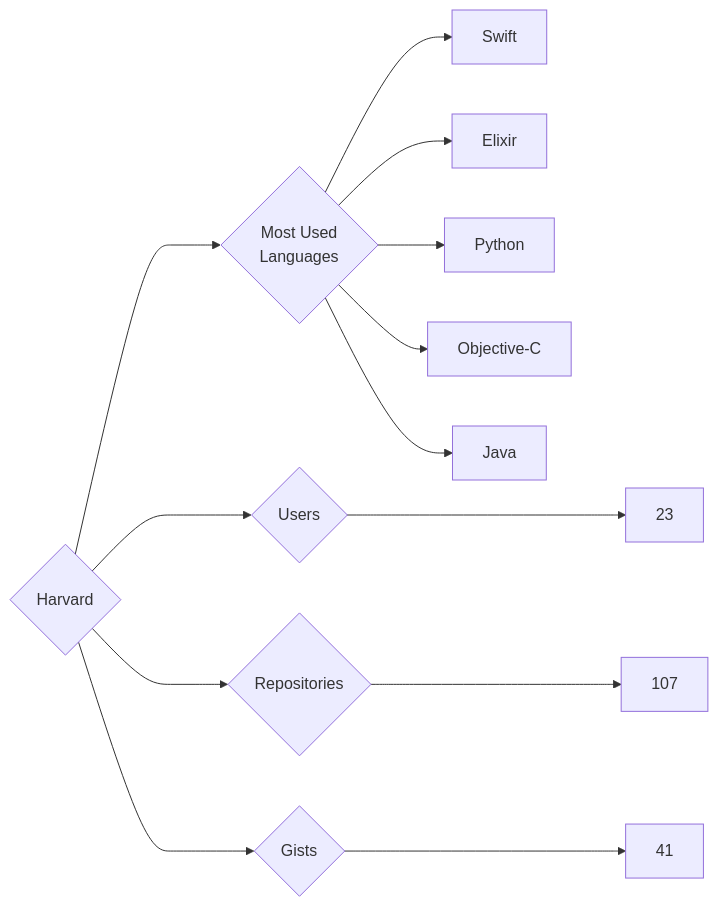
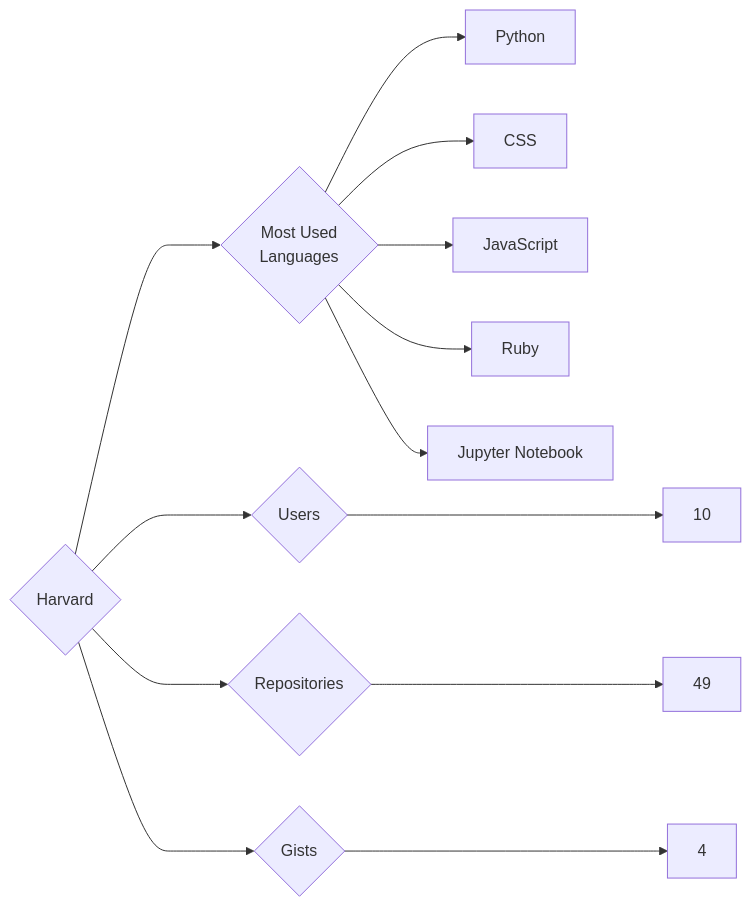
One commit to trickest/insiders changed the diagram in targets/Harvard/README.md. Above: the diagram before and after it, drawn with Mermaid. The commit also changed 894 other files, not shown here.

````diff
--- a/targets/Harvard/README.md
+++ b/targets/Harvard/README.md
@@ -3,13 +3,13 @@
 ```mermaid
 graph LR
 COMPANY_NAME{Harvard}
-COMPANY_NAME ---> U{Users} ---> UN[23]
-COMPANY_NAME ---> R{Repositories} ---> RN[107]
-COMPANY_NAME ---> G{Gists} ---> GN[41]
+COMPANY_NAME ---> U{Users} ---> UN[10]
+COMPANY_NAME ---> R{Repositories} ---> RN[49]
+COMPANY_NAME ---> G{Gists} ---> GN[4]
 COMPANY_NAME ---> ML{Most Used<br>Languages}
-ML --> Swift[Swift]
-ML --> Elixir[Elixir]
 ML --> Python[Python]
-ML --> Objective-C[Objective-C]
-ML --> Java[Java]
+ML --> CSS[CSS]
+ML --> JavaScript[JavaScript]
+ML --> Ruby[Ruby]
+ML --> Jupyter_Notebook[Jupyter Notebook]
 ```
````
